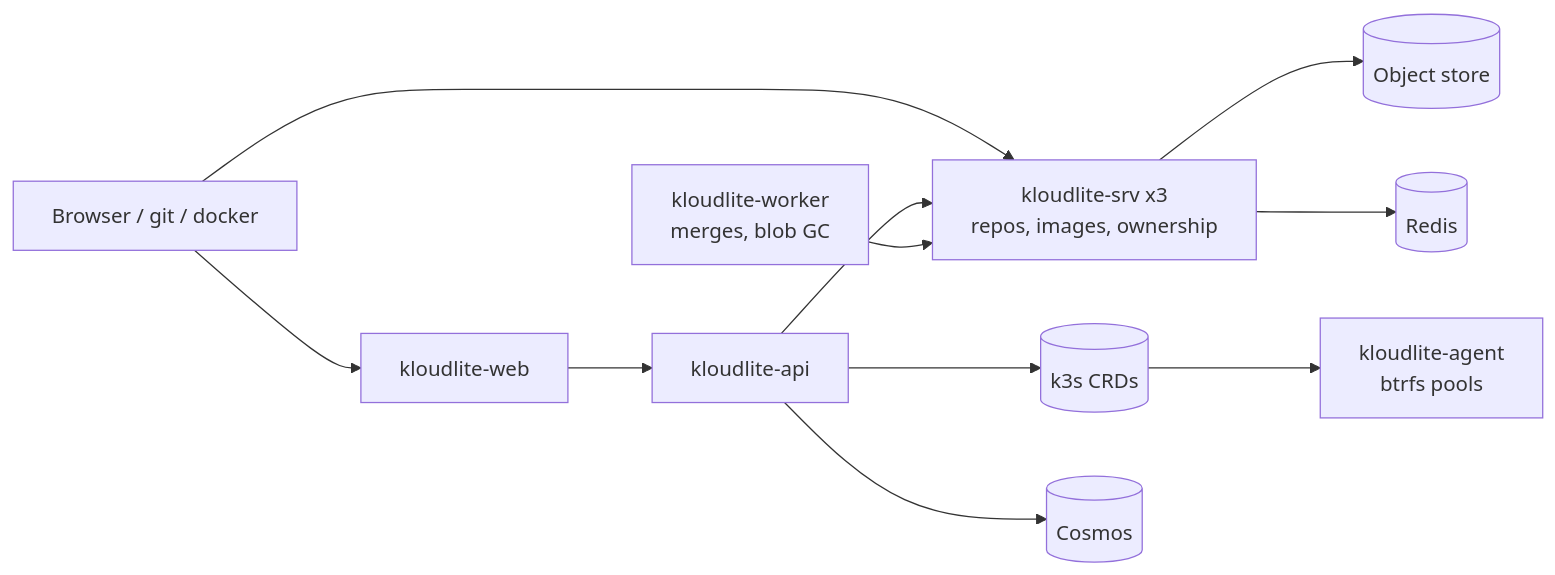
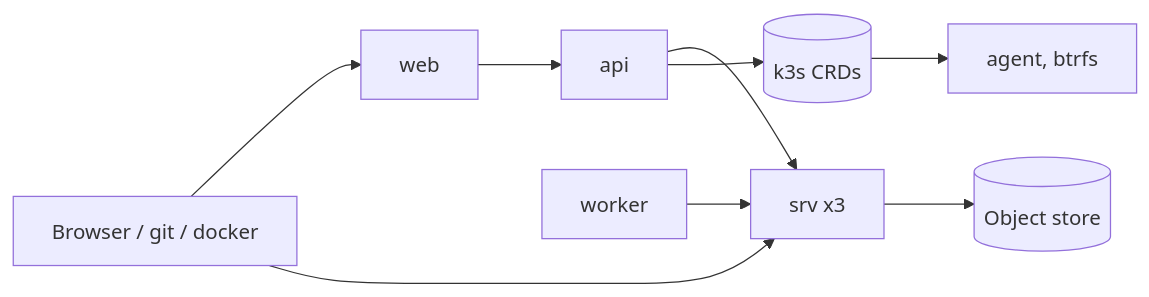
The diagram in README.md (kloudlite/rustic-git), drawn with Mermaid before and after one commit. The commit also changed other lines of this file, not shown here.

````diff
--- a/README.md
+++ b/README.md
@@ -9,13 +8,7 @@
 ```mermaid
 flowchart LR
-  U[Browser / git / docker] --> WEB[kloudlite-web]
+  U[Browser / git / docker] --> WEB[web] --> API[api] --> SRV[srv x3]
   U --> SRV
-  WEB --> API[kloudlite-api]
-  API --> SRV[kloudlite-srv x3<br/>repos, images, ownership]
-  API --> K3S[(k3s CRDs)]
-  WRK[kloudlite-worker<br/>merges, blob GC] --> SRV
-  K3S --> AG[kloudlite-agent<br/>btrfs pools]
-  SRV --> OS[(Object store)]
-  API --> COS[(Cosmos)]
-  SRV --> RED[(Redis)]
+  API --> K3S[(k3s CRDs)] --> AG[agent, btrfs]
+  WRK[worker] --> SRV --> OS[(Object store)]
 ```
````
